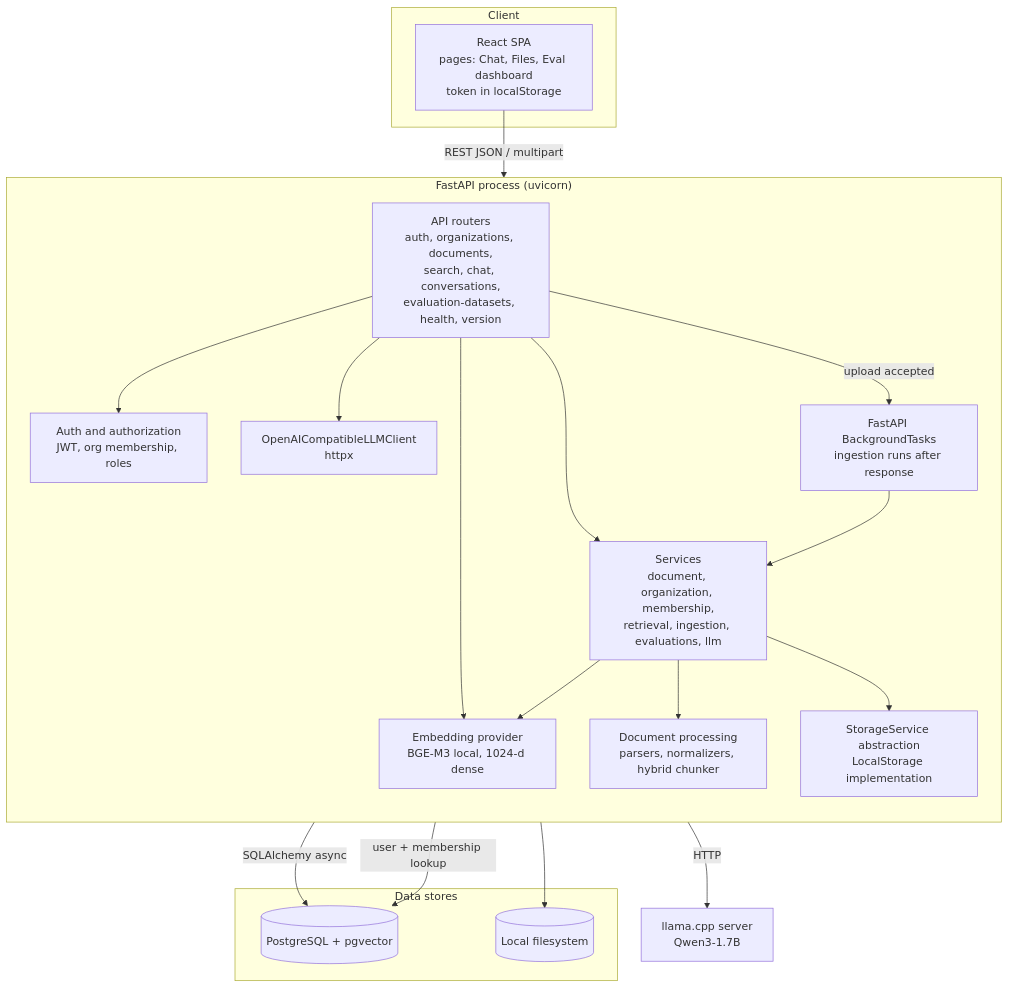
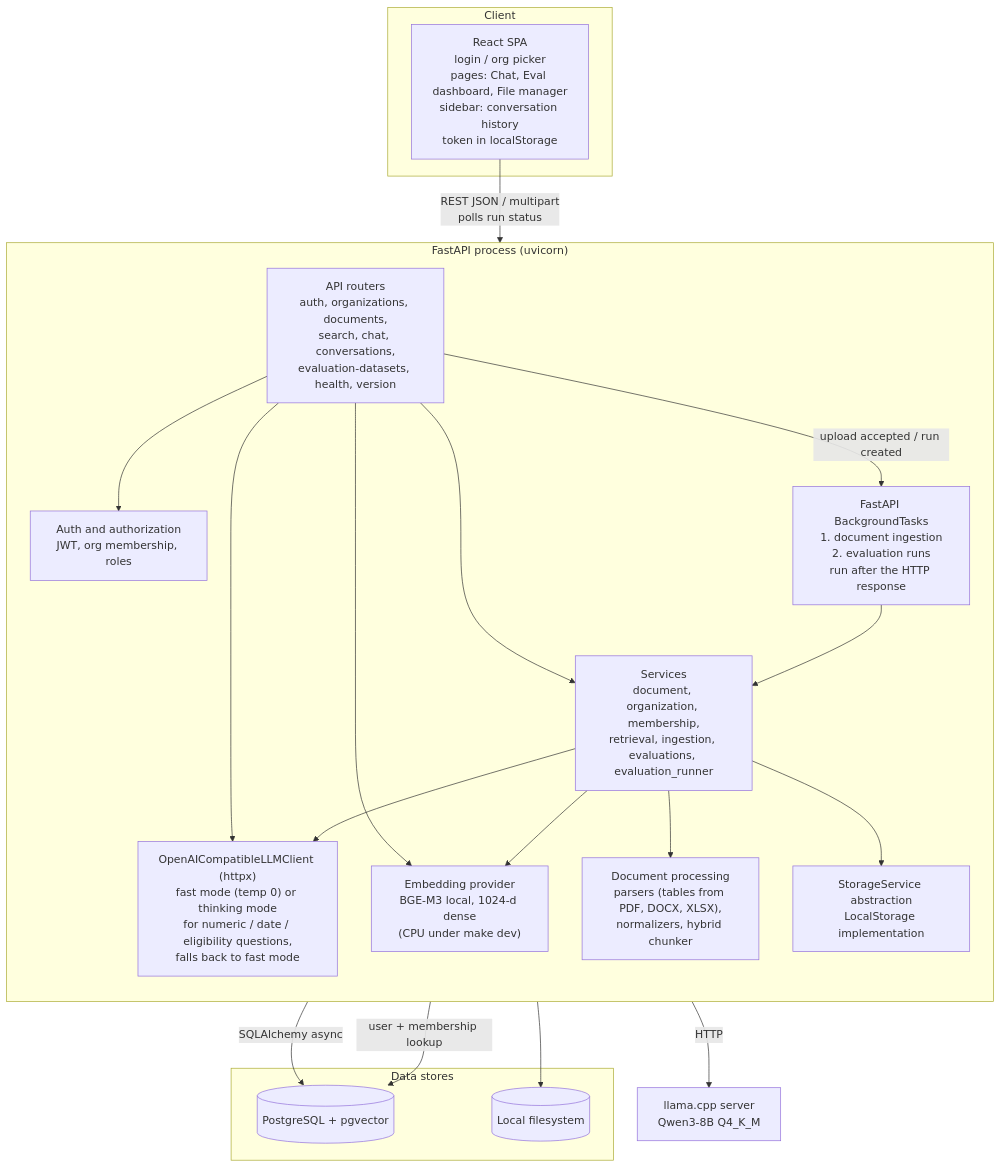
One commit to Samir-pemi-magar/Docpilot changed the diagram in docs/diagrams/02-high-level-architecture.mmd. Above: the diagram before and after it, drawn with Mermaid. The commit also changed 17 other files, not shown here.

Commit message:
docs: update README, architecture notes and diagrams to match code

```diff
--- a/docs/diagrams/02-high-level-architecture.mmd
+++ b/docs/diagrams/02-high-level-architecture.mmd
@@ -1,39 +1,42 @@
 %% DocPilot - High-level logical architecture
+%% Changes vs. previous version: conversation sidebar, evaluation runs as background tasks,
+%% adaptive-thinking LLM client, Qwen3-8B.
 flowchart TB
     subgraph client["Client"]
-        spa["React SPA<br/>pages: Chat, Files, Eval dashboard<br/>token in localStorage"]
+        spa["React SPA<br/>login / org picker<br/>pages: Chat, Eval dashboard, File manager<br/>sidebar: conversation history<br/>token in localStorage"]
     end
 
     subgraph backend["FastAPI process (uvicorn)"]
         direction TB
         routes["API routers<br/>auth, organizations, documents,<br/>search, chat, conversations,<br/>evaluation-datasets, health, version"]
         authz["Auth and authorization<br/>JWT, org membership, roles"]
-        svc["Services<br/>document, organization, membership,<br/>retrieval, ingestion, evaluations, llm"]
-        proc["Document processing<br/>parsers, normalizers, hybrid chunker"]
-        emb["Embedding provider<br/>BGE-M3 local, 1024-d dense"]
-        bg["FastAPI BackgroundTasks<br/>ingestion runs after response"]
+        svc["Services<br/>document, organization, membership,<br/>retrieval, ingestion, evaluations, evaluation_runner"]
+        proc["Document processing<br/>parsers (tables from PDF, DOCX, XLSX),<br/>normalizers, hybrid chunker"]
+        emb["Embedding provider<br/>BGE-M3 local, 1024-d dense<br/>(CPU under make dev)"]
+        bg["FastAPI BackgroundTasks<br/>1. document ingestion<br/>2. evaluation runs<br/>run after the HTTP response"]
         stor["StorageService abstraction<br/>LocalStorage implementation"]
-        llmc["OpenAICompatibleLLMClient<br/>httpx"]
+        llmc["OpenAICompatibleLLMClient (httpx)<br/>fast mode (temp 0) or thinking mode<br/>for numeric / date / eligibility questions,<br/>falls back to fast mode"]
     end
 
     subgraph data["Data stores"]
         pg[("PostgreSQL + pgvector")]
         files[("Local filesystem")]
     end
 
-    llmsrv["llama.cpp server<br/>Qwen3-1.7B"]
+    llmsrv["llama.cpp server<br/>Qwen3-8B Q4_K_M"]
 
-    spa -->|"REST JSON / multipart"| routes
+    spa -->|"REST JSON / multipart<br/>polls run status"| routes
     routes --> authz
     routes --> svc
     routes --> llmc
     routes --> emb
-    routes -->|"upload accepted"| bg
+    routes -->|"upload accepted / run created"| bg
     bg --> svc
     svc --> proc
     svc --> emb
+    svc --> llmc
     svc --> stor
     svc -->|"SQLAlchemy async"| pg
     stor --> files
     llmc -->|"HTTP"| llmsrv
     authz -->|"user + membership lookup"| pg
```
